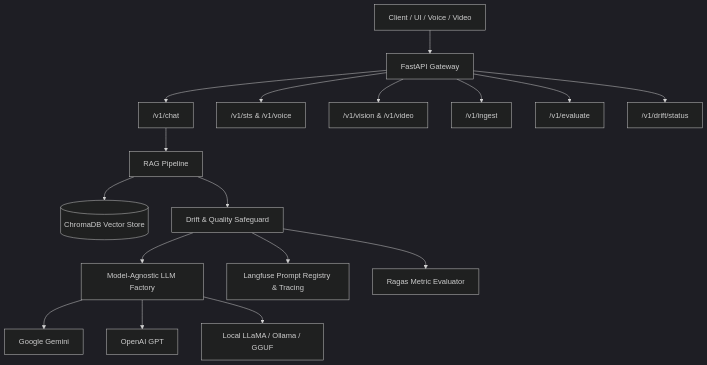
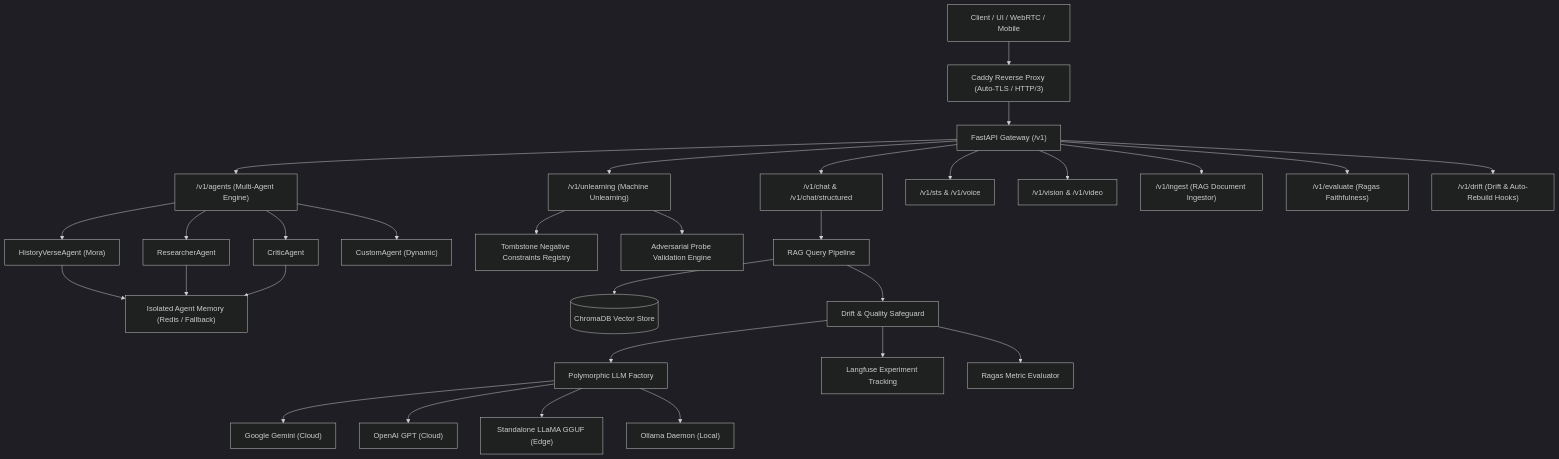
The diagram in README.md (omarMohamedo-o/HistoryVerse-Chatbot), drawn with Mermaid (dark theme) before and after one commit. The commit also changed other lines of this file and 67 other files, not shown here.

Commit message:
feat: implement isolated agent memory machine unlearning engine and structured output

````diff
--- a/README.md
+++ b/README.md
@@ -10,23 +31,39 @@
 ```mermaid
 flowchart TD
-    Client["Client / UI / Voice / Video"] --> Gateway["FastAPI Gateway"]
+    Client["Client / UI / WebRTC / Mobile"] --> Caddy["Caddy Reverse Proxy (Auto-TLS / HTTP/3)"]
+    Caddy --> Gateway["FastAPI Gateway (/v1)"]
     
-    Gateway --> Chat["/v1/chat"]
+    Gateway --> Chat["/v1/chat & /v1/chat/structured"]
+    Gateway --> Agents["/v1/agents (Multi-Agent Engine)"]
+    Gateway --> Unlearn["/v1/unlearning (Machine Unlearning)"]
     Gateway --> STS["/v1/sts & /v1/voice"]
     Gateway --> Vision["/v1/vision & /v1/video"]
-    Gateway --> Ingest["/v1/ingest"]
-    Gateway --> Eval["/v1/evaluate"]
-    Gateway --> Drift["/v1/drift/status"]
+    Gateway --> Ingest["/v1/ingest (RAG Document Ingestor)"]
+    Gateway --> Eval["/v1/evaluate (Ragas Faithfulness)"]
+    Gateway --> Drift["/v1/drift (Drift & Auto-Rebuild Hooks)"]
     
-    Chat --> RAG["RAG Pipeline"]
-    RAG --> Chroma[("ChromaDB Vector Store")]
-    RAG --> DriftDetector["Drift & Quality Safeguard"]
+    Agents --> AgentMora["HistoryVerseAgent (Mora)"]
+    Agents --> AgentResearcher["ResearcherAgent"]
+    Agents --> AgentCritic["CriticAgent"]
+    Agents --> CustomAgent["CustomAgent (Dynamic)"]
     
-    DriftDetector --> LLMFactory["Model-Agnostic LLM Factory"]
-    LLMFactory --> Gemini["Google Gemini"]
-    LLMFactory --> OpenAI["OpenAI GPT"]
-    LLMFactory --> Local["Local LLaMA / Ollama / GGUF"]
+    AgentMora --> ScopedMem["Isolated Agent Memory (Redis / Fallback)"]
+    AgentResearcher --> ScopedMem
+    AgentCritic --> ScopedMem
     
-    DriftDetector --> Langfuse["Langfuse Prompt Registry & Tracing"]
+    Unlearn --> TombstoneReg["Tombstone Negative Constraints Registry"]
+    Unlearn --> ProbeValidator["Adversarial Probe Validation Engine"]
+    
+    Chat --> RAGPipeline["RAG Query Pipeline"]
+    RAGPipeline --> ChromaDB[("ChromaDB Vector Store")]
+    RAGPipeline --> DriftDetector["Drift & Quality Safeguard"]
+    
+    DriftDetector --> LLMFactory["Polymorphic LLM Factory"]
+    LLMFactory --> Gemini["Google Gemini (Cloud)"]
+    LLMFactory --> OpenAI["OpenAI GPT (Cloud)"]
+    LLMFactory --> LocalGGUF["Standalone LLaMA GGUF (Edge)"]
+    LLMFactory --> Ollama["Ollama Daemon (Local)"]
+    
+    DriftDetector --> Langfuse["Langfuse Experiment Tracking"]
     DriftDetector --> Ragas["Ragas Metric Evaluator"]
 ```
````
